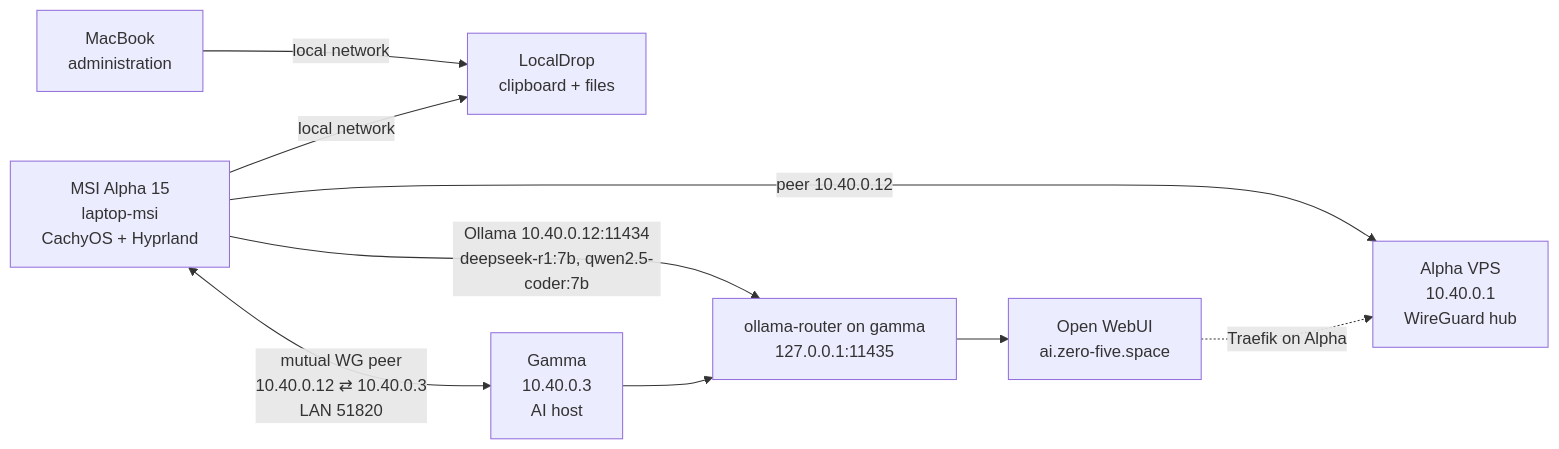
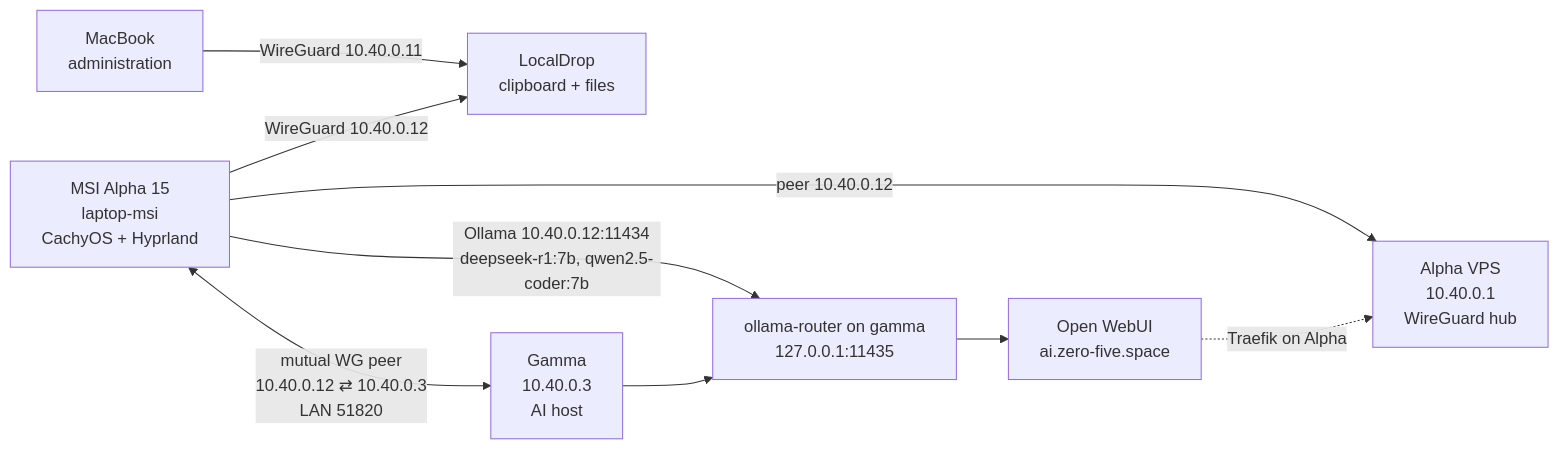
The diagram in content/docs/laptop-msi/index.mdx (Manuel0516/zero-five-handbook), drawn with Mermaid before and after one commit. The commit also changed 3 other files, not shown here.

Commit message:
docs: document direct LocalDrop WireGuard routing

````diff
--- a/content/docs/laptop-msi/index.mdx
+++ b/content/docs/laptop-msi/index.mdx
@@ -19,19 +19,19 @@
 ```mermaid
 flowchart LR
     msi["MSI Alpha 15<br/>laptop-msi<br/>CachyOS + Hyprland"]
     gamma["Gamma<br/>10.40.0.3<br/>AI host"]
     router["ollama-router on gamma<br/>127.0.0.1:11435"]
     webui["Open WebUI<br/>ai.zero-five.space"]
     alpha["Alpha VPS<br/>10.40.0.1<br/>WireGuard hub"]
     mac["MacBook<br/>administration"]
     localdrop["LocalDrop<br/>clipboard + files"]
 
     msi <-->|"mutual WG peer<br/>10.40.0.12 ⇄ 10.40.0.3<br/>LAN 51820"| gamma
     msi -->|"Ollama 10.40.0.12:11434<br/>deepseek-r1:7b, qwen2.5-coder:7b"| router
     gamma --> router
     router --> webui
     webui -. "Traefik on Alpha" .-> alpha
     msi -->|"peer 10.40.0.12"| alpha
-    mac -->|"local network"| localdrop
-    msi -->|"local network"| localdrop
+    mac -->|"WireGuard 10.40.0.11"| localdrop
+    msi -->|"WireGuard 10.40.0.12"| localdrop
 ```
````
